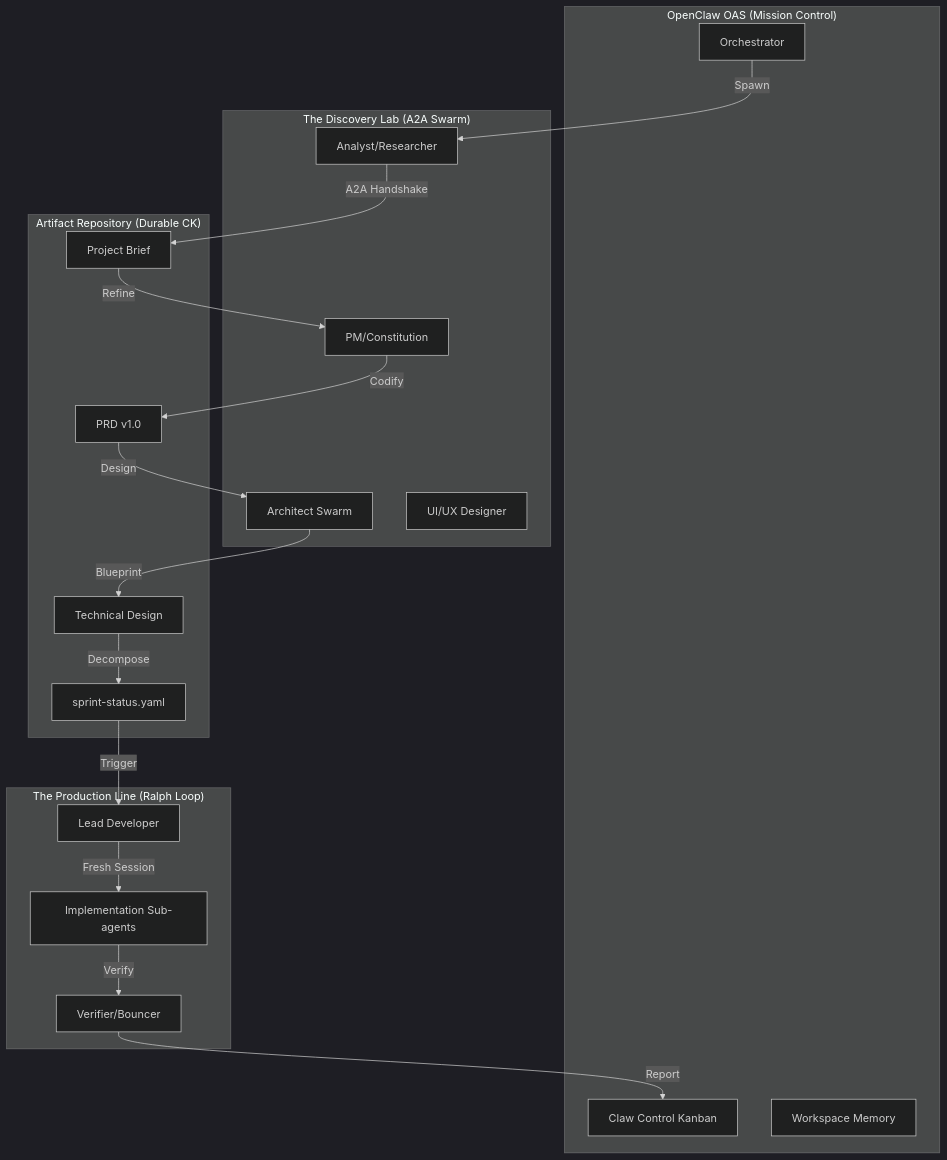
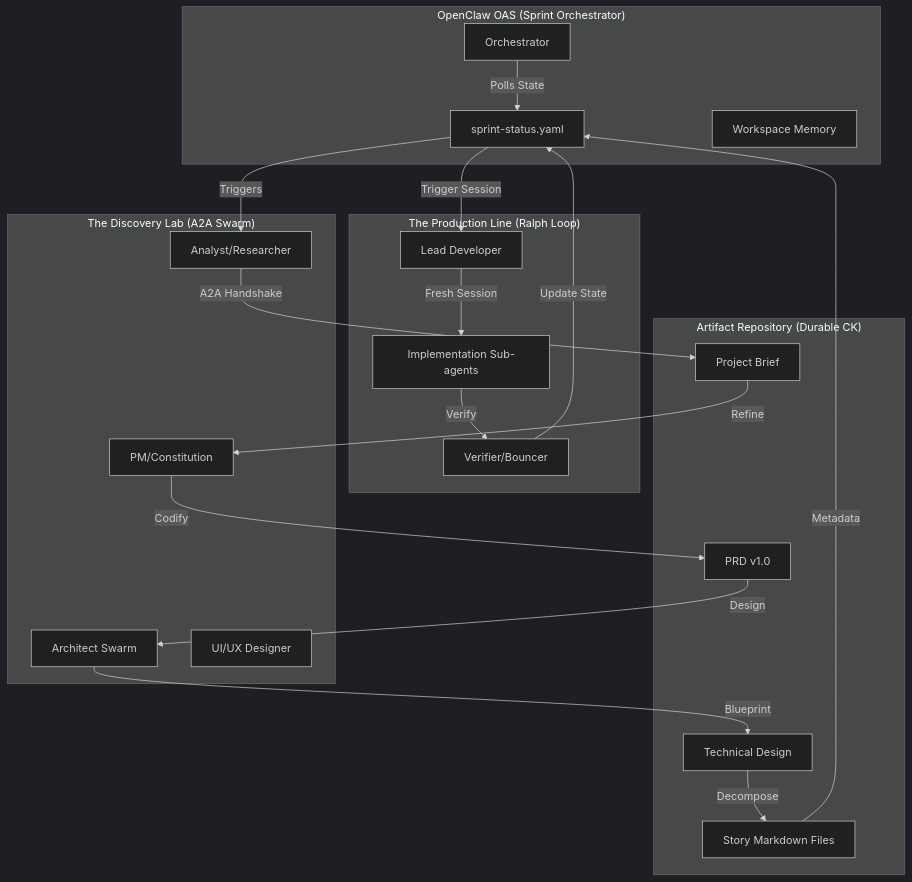
The first of 4 diagrams in factory-os/PRD_Agentic_Forge_v2.md (vamshigunji/ANT-Coding), drawn with Mermaid (dark theme) before and after one commit. The commit also changed other lines of this file and 2 other files, not shown here.

Commit message:
Pivot to File-Based Sprint Orchestrator (Skip Kanban Integration)

````diff
--- a/factory-os/PRD_Agentic_Forge_v2.md
+++ b/factory-os/PRD_Agentic_Forge_v2.md
@@ -29,40 +29,42 @@
 ```mermaid
 graph TD
-    subgraph "OpenClaw OAS (Mission Control)"
+    subgraph "OpenClaw OAS (Sprint Orchestrator)"
         MC[Orchestrator]
-        Board[Claw Control Kanban]
+        State[sprint-status.yaml]
         Memory[Workspace Memory]
     end
 
     subgraph "The Discovery Lab (A2A Swarm)"
         Analyst[Analyst/Researcher]
         PM[PM/Constitution]
         Arch[Architect Swarm]
         UI[UI/UX Designer]
     end
 
     subgraph "The Production Line (Ralph Loop)"
         Dev[Lead Developer]
         Sub[Implementation Sub-agents]
         Verify[Verifier/Bouncer]
     end
 
     subgraph "Artifact Repository (Durable CK)"
         Brief[Project Brief]
         PRD[PRD v1.0]
         TDD[Technical Design]
-        Sprint[sprint-status.yaml]
+        Stories[Story Markdown Files]
     end
 
-    MC -->|Spawn| Analyst
+    MC -->|Polls State| State
+    State -->|Triggers| Analyst
     Analyst -->|A2A Handshake| Brief
     Brief -->|Refine| PM
     PM -->|Codify| PRD
     PRD -->|Design| Arch
     Arch -->|Blueprint| TDD
-    TDD -->|Decompose| Sprint
-    Sprint -->|Trigger| Dev
+    TDD -->|Decompose| Stories
+    Stories -->|Metadata| State
+    State -->|Trigger Session| Dev
     Dev -->|Fresh Session| Sub
     Sub -->|Verify| Verify
-    Verify -->|Report| Board
+    Verify -->|Update State| State
 ```
````
